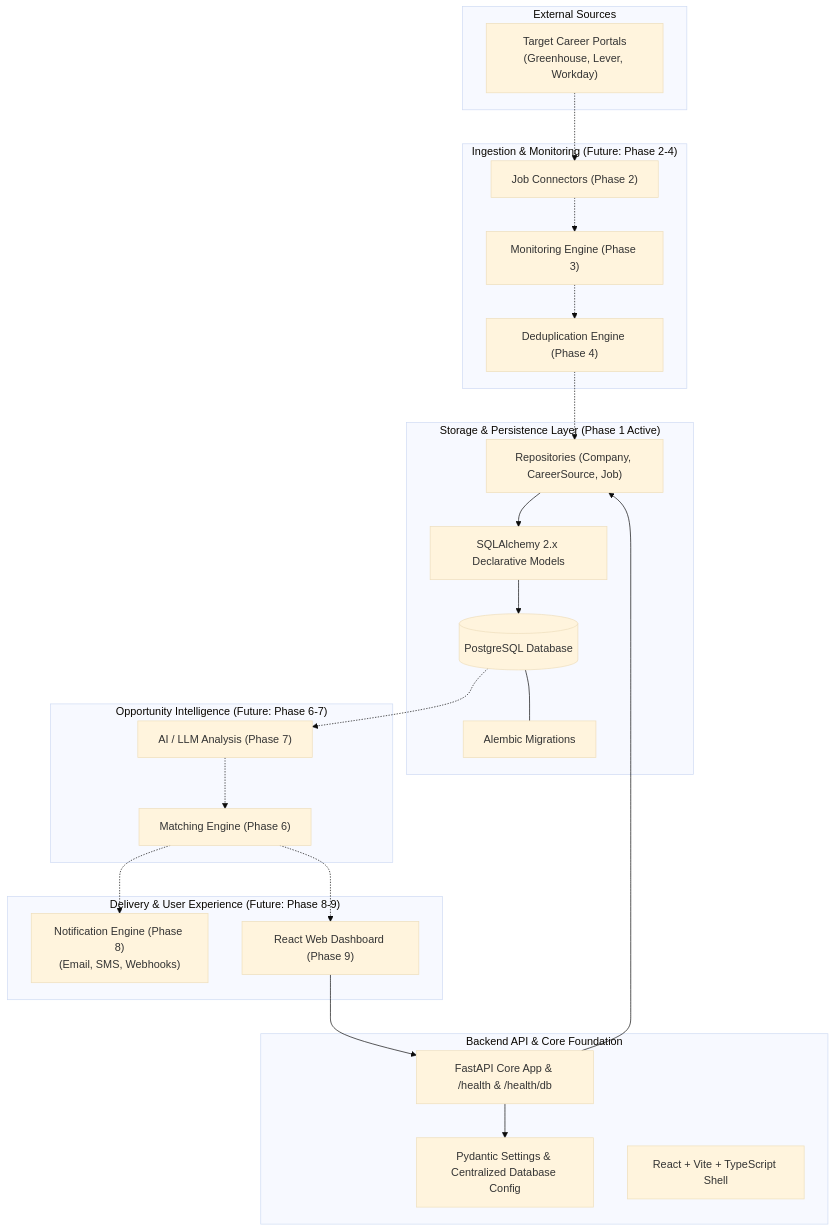
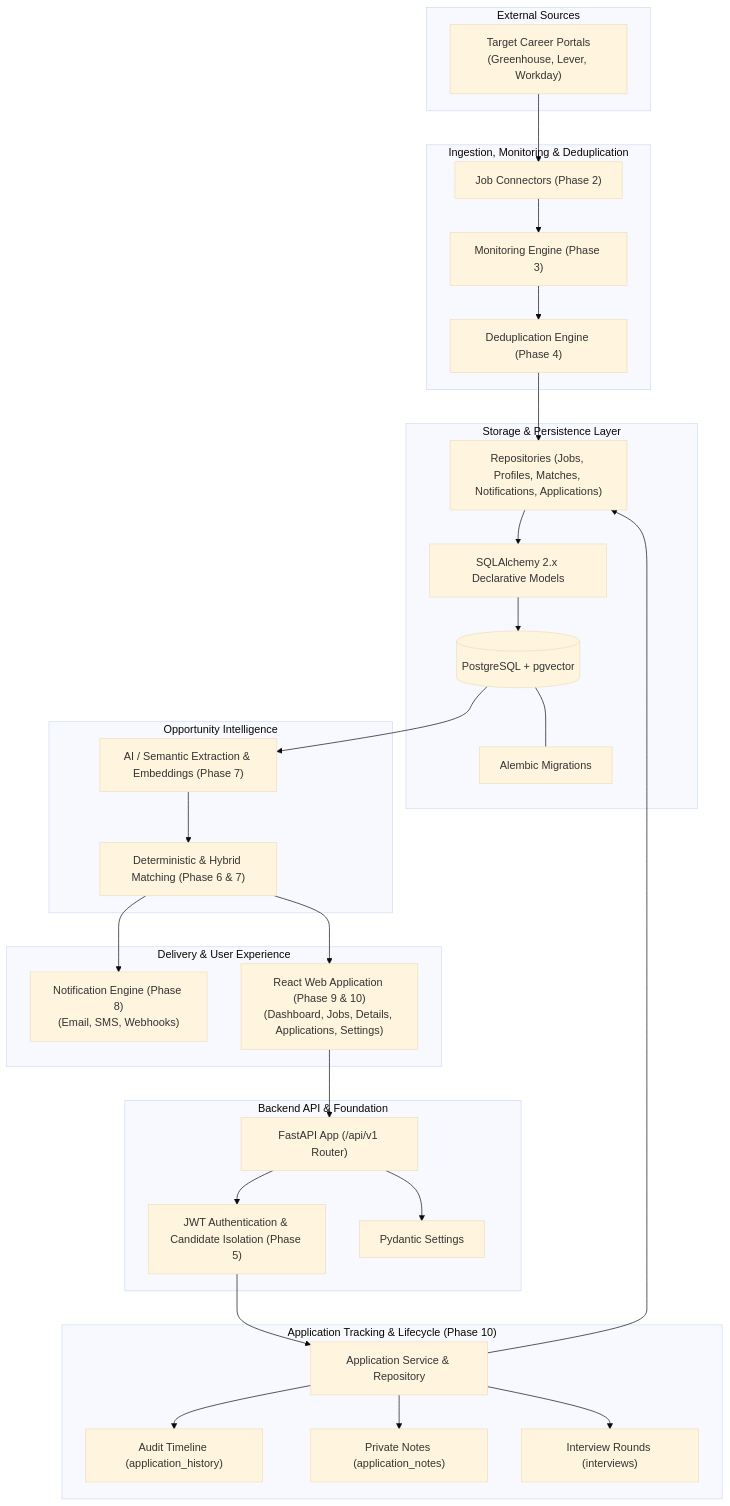
One commit to AshwinAA10/JobWatch-AI changed the diagram in README.md. Above: the diagram before and after it, drawn with Mermaid (base theme). The commit also changed other lines of this file, not shown here.

Commit message:
Phase 10 [ReadMe Updation]

````diff
--- a/README.md
+++ b/README.md
@@ -51,50 +51,62 @@
 ```mermaid
 flowchart TD
     subgraph External["External Sources"]
         CP["Target Career Portals<br/>(Greenhouse, Lever, Workday)"]
     end
 
-    subgraph DataIngestion["Ingestion & Monitoring (Future: Phase 2-4)"]
+    subgraph DataIngestion["Ingestion, Monitoring & Deduplication"]
         JC["Job Connectors (Phase 2)"]
         ME["Monitoring Engine (Phase 3)"]
         DD["Deduplication Engine (Phase 4)"]
     end
 
-    subgraph Persistence["Storage & Persistence Layer (Phase 1 Active)"]
-        DB[(PostgreSQL Database)]
+    subgraph Persistence["Storage & Persistence Layer"]
+        DB[(PostgreSQL + pgvector)]
         ALEMBIC["Alembic Migrations"]
-        REPO["Repositories (Company, CareerSource, Job)"]
+        REPO["Repositories (Jobs, Profiles, Matches, Notifications, Applications)"]
         ORM["SQLAlchemy 2.x Declarative Models"]
         DB --- ALEMBIC
         REPO --> ORM
         ORM --> DB
     end
 
-    subgraph Intelligence["Opportunity Intelligence (Future: Phase 6-7)"]
-        AI["AI / LLM Analysis (Phase 7)"]
-        MATCH["Matching Engine (Phase 6)"]
+    subgraph Intelligence["Opportunity Intelligence"]
+        AI["AI / Semantic Extraction & Embeddings (Phase 7)"]
+        MATCH["Deterministic & Hybrid Matching (Phase 6 & 7)"]
     end
 
-    subgraph Delivery["Delivery & User Experience (Future: Phase 8-9)"]
-        NOTIF["Notification Engine (Phase 8)<br/>(Email, SMS, Webhooks)"]
-        UI["React Web Dashboard (Phase 9)"]
+    subgraph Tracking["Application Tracking & Lifecycle (Phase 10)"]
+        APP["Application Service & Repository"]
+        HIST["Audit Timeline (application_history)"]
+        NOTES["Private Notes (application_notes)"]
+        INTS["Interview Rounds (interviews)"]
     end
 
-    subgraph CoreBackend["Backend API & Core Foundation"]
-        API["FastAPI Core App & /health & /health/db"]
-        CONF["Pydantic Settings & Centralized Database Config"]
-        FE_SHELL["React + Vite + TypeScript Shell"]
+    subgraph Delivery["Delivery & User Experience"]
+        NOTIF["Notification Engine (Phase 8)<br/>(Email, SMS, Webhooks)"]
+        UI["React Web Application (Phase 9 & 10)<br/>(Dashboard, Jobs, Details, Applications, Settings)"]
     end
 
-    CP -.-> JC
-    JC -.-> ME
-    ME -.-> DD
-    DD -.-> REPO
-    DB -.-> AI
-    AI -.-> MATCH
-    MATCH -.-> NOTIF
-    MATCH -.-> UI
+    subgraph CoreBackend["Backend API & Foundation"]
+        API["FastAPI App (/api/v1 Router)"]
+        AUTH["JWT Authentication & Candidate Isolation (Phase 5)"]
+        CONF["Pydantic Settings"]
+    end
+
+    CP --> JC
+    JC --> ME
+    ME --> DD
+    DD --> REPO
+    DB --> AI
+    AI --> MATCH
+    MATCH --> NOTIF
+    MATCH --> UI
     UI --> API
-    API --> REPO
+    API --> AUTH
+    AUTH --> APP
+    APP --> HIST
+    APP --> NOTES
+    APP --> INTS
+    APP --> REPO
     API --> CONF
 ```
````
